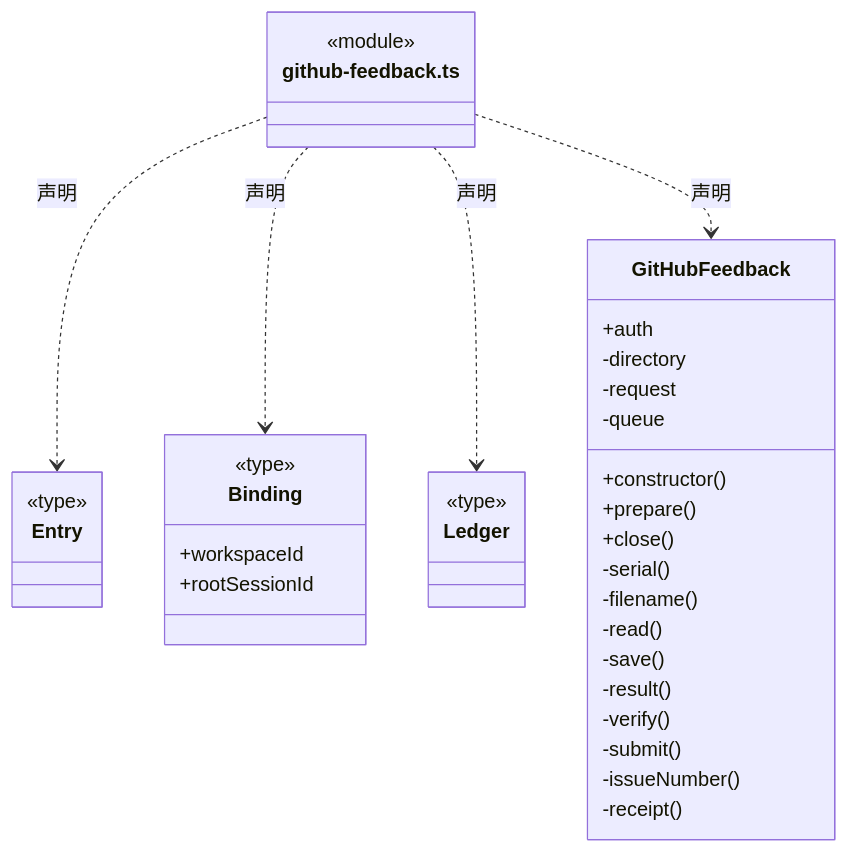
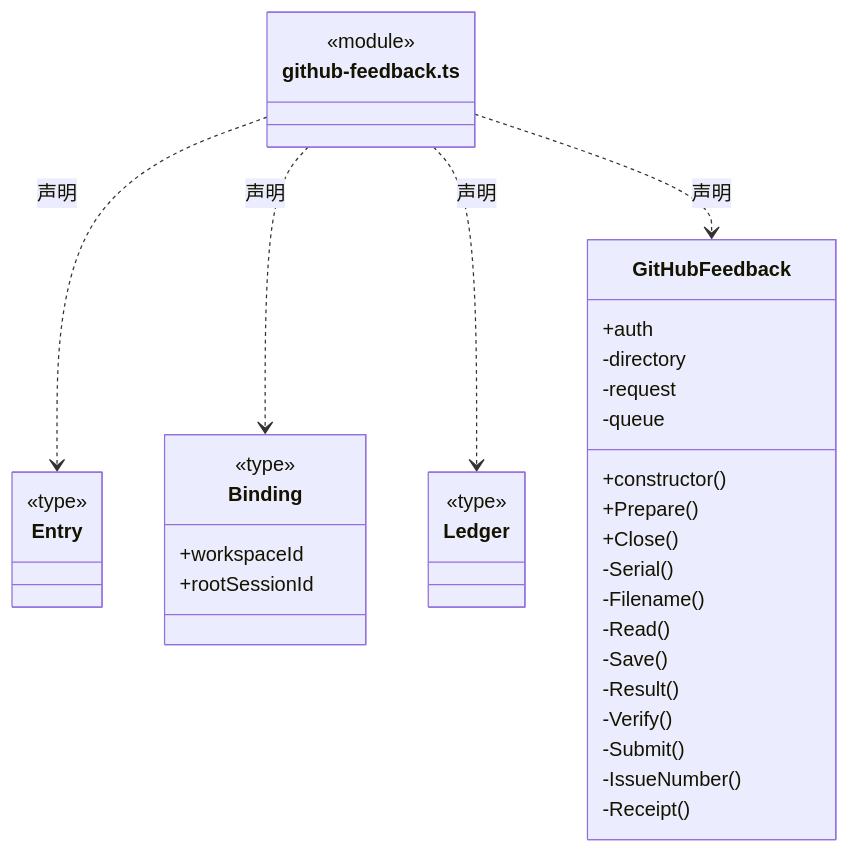
One commit to nan023062/cbim changed the sixth of 9 diagrams in src/logic/feedback/service/ARCHITECTURE.md. Above: the diagram before and after it, drawn with Mermaid. The commit also changed other lines of this file and 1035 other files, not shown here.

````diff
--- a/src/logic/feedback/service/ARCHITECTURE.md
+++ b/src/logic/feedback/service/ARCHITECTURE.md
@@ -144,41 +144,41 @@
 ```mermaid
 classDiagram
 class N_src_logic_feedback_service_github_feedback_ts["github-feedback.ts"] {
   <<module>>
 }
 class N_src_logic_feedback_service_github_feedback_ts_Entry["Entry"] {
   <<type>>
 
 }
 N_src_logic_feedback_service_github_feedback_ts ..> N_src_logic_feedback_service_github_feedback_ts_Entry : 声明
 class N_src_logic_feedback_service_github_feedback_ts_Binding["Binding"] {
   <<type>>
   +workspaceId
   +rootSessionId
 }
 N_src_logic_feedback_service_github_feedback_ts ..> N_src_logic_feedback_service_github_feedback_ts_Binding : 声明
 class N_src_logic_feedback_service_github_feedback_ts_Ledger["Ledger"] {
   <<type>>
 
 }
 N_src_logic_feedback_service_github_feedback_ts ..> N_src_logic_feedback_service_github_feedback_ts_Ledger : 声明
 class N_src_logic_feedback_service_github_feedback_ts_GitHubFeedback["GitHubFeedback"] {
   +auth
   +constructor()
-  +prepare()
-  +close()
+  +Prepare()
+  +Close()
   -directory
   -request
   -queue
-  -serial()
-  -filename()
-  -read()
-  -save()
-  -result()
-  -verify()
-  -submit()
-  -issueNumber()
-  -receipt()
+  -Serial()
+  -Filename()
+  -Read()
+  -Save()
+  -Result()
+  -Verify()
+  -Submit()
+  -IssueNumber()
+  -Receipt()
 }
 N_src_logic_feedback_service_github_feedback_ts ..> N_src_logic_feedback_service_github_feedback_ts_GitHubFeedback : 声明
 ```
````
